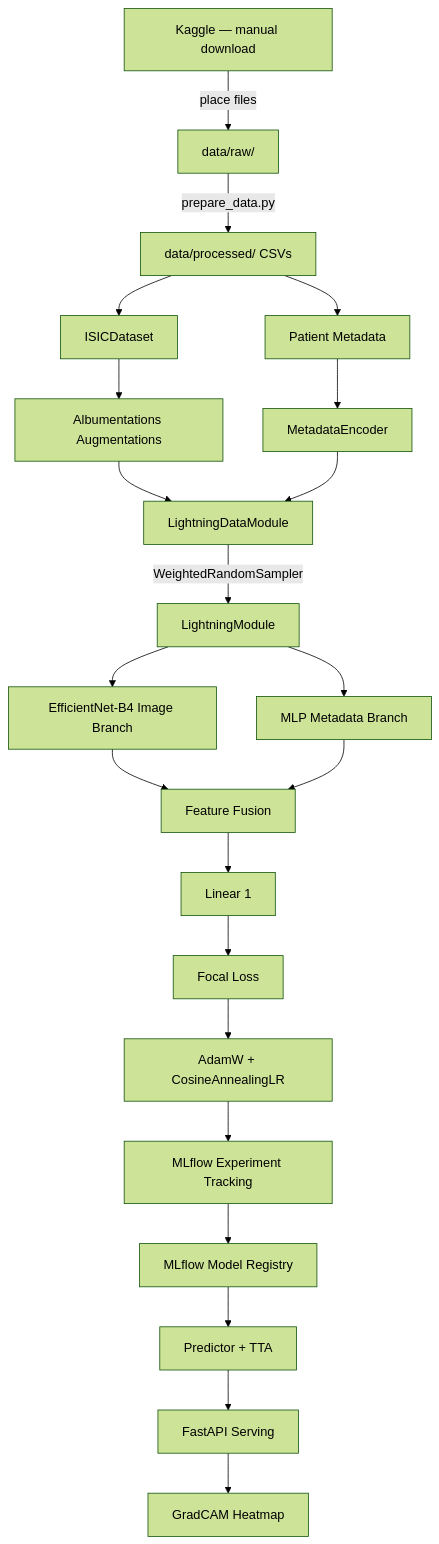
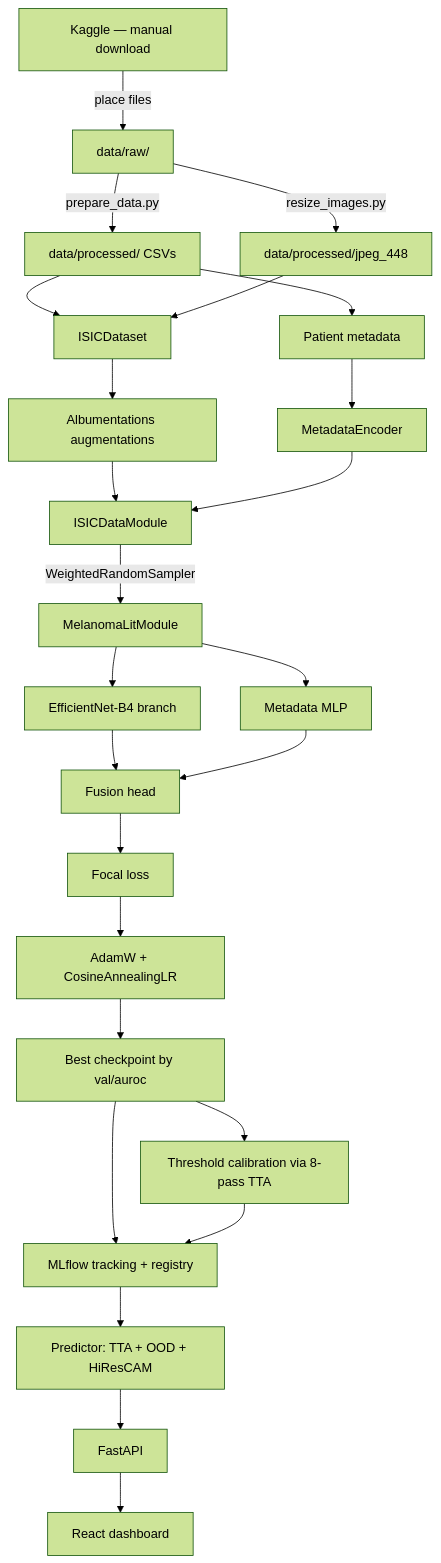
The first of 3 diagrams in README.md (MuhammadNisarWCSS/Melanoma-Detection), drawn with Mermaid (forest theme) before and after one commit. The commit also changed other lines of this file and 60 other files, not shown here.

````diff
--- a/README.md
+++ b/README.md
@@ -46,24 +233,27 @@
 ```mermaid
 flowchart TD
     Kaggle[Kaggle — manual download] -->|place files| RawData[data/raw/]
     RawData -->|prepare_data.py| SplitCSVs[data/processed/ CSVs]
+    RawData -->|resize_images.py| Cache[data/processed/jpeg_448]
     SplitCSVs --> Dataset[ISICDataset]
-    SplitCSVs --> MetaCSV[Patient Metadata]
-    Dataset --> Transforms[Albumentations Augmentations]
+    Cache --> Dataset
+    SplitCSVs --> MetaCSV[Patient metadata]
+    Dataset --> Transforms[Albumentations augmentations]
     MetaCSV --> MetaEncoder[MetadataEncoder]
-    Transforms --> DataModule[LightningDataModule]
+    Transforms --> DataModule[ISICDataModule]
     MetaEncoder --> DataModule
-    DataModule -->|WeightedRandomSampler| LitModel[LightningModule]
-    LitModel --> ImgBranch[EfficientNet-B4 Image Branch]
-    LitModel --> MetaBranch[MLP Metadata Branch]
-    ImgBranch --> Fusion[Feature Fusion]
+    DataModule -->|WeightedRandomSampler| LitModel[MelanomaLitModule]
+    LitModel --> ImgBranch[EfficientNet-B4 branch]
+    LitModel --> MetaBranch[Metadata MLP]
+    ImgBranch --> Fusion[Fusion head]
     MetaBranch --> Fusion
-    Fusion --> Head[Linear 1]
-    Head --> FocalLoss[Focal Loss]
+    Fusion --> FocalLoss[Focal loss]
     FocalLoss --> Optimizer[AdamW + CosineAnnealingLR]
-    Optimizer --> MLflow[MLflow Experiment Tracking]
-    MLflow --> Registry[MLflow Model Registry]
-    Registry --> Predictor[Predictor + TTA]
-    Predictor --> FastAPI[FastAPI Serving]
-    FastAPI --> GradCAM[GradCAM Heatmap]
+    Optimizer --> Ckpt[Best checkpoint by val/auroc]
+    Ckpt --> Calib[Threshold calibration via 8-pass TTA]
+    Ckpt --> MLflow[MLflow tracking + registry]
+    Calib --> MLflow
+    MLflow --> Predictor[Predictor: TTA + OOD + HiResCAM]
+    Predictor --> FastAPI[FastAPI]
+    FastAPI --> UI[React dashboard]
 ```
````
